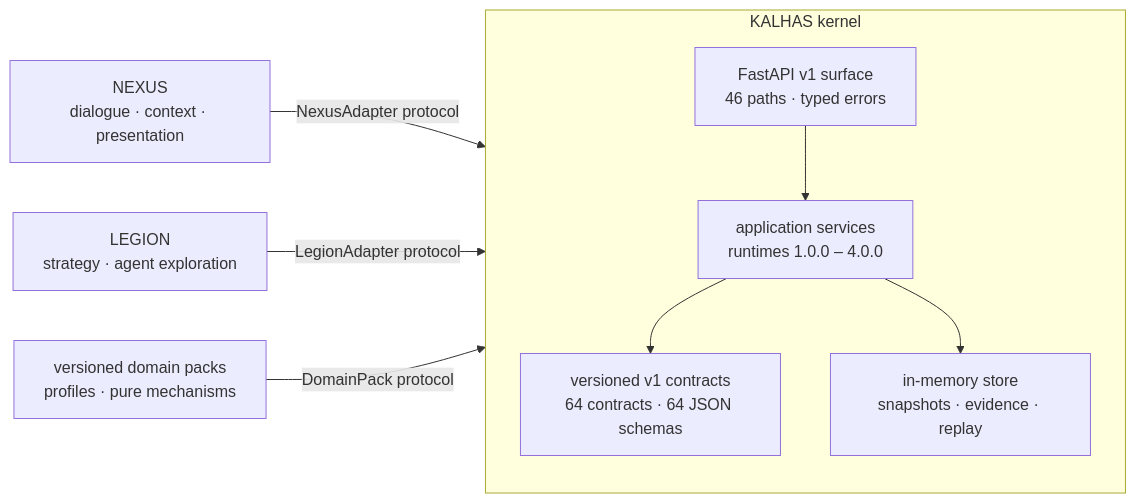
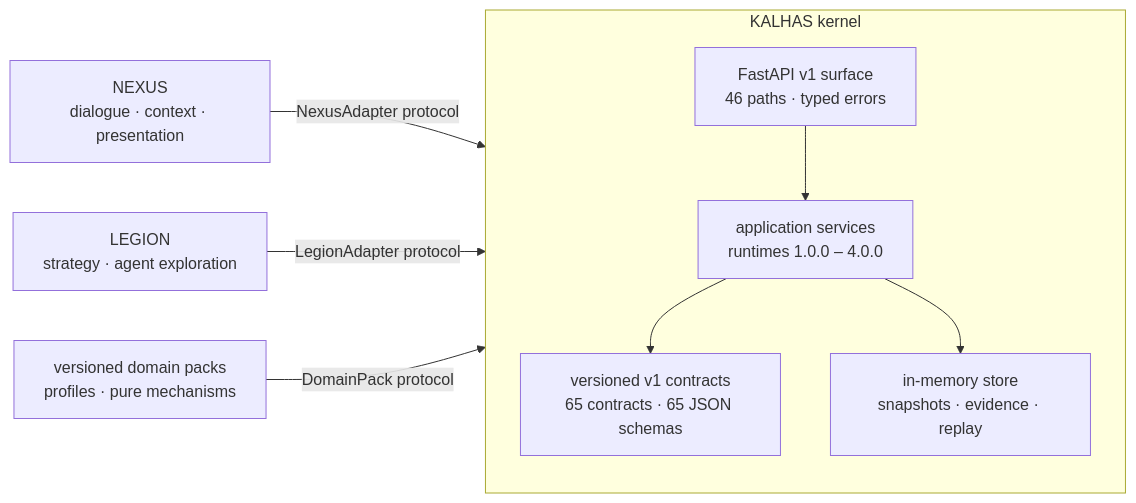
Before and after one commit to Encomm-Tensor-Intelligence/Encomm_Kalhas: the diagram in README.md, drawn with Mermaid. The commit also changed other lines of this file and 15 other files, not shown here.

````diff
--- a/README.md
+++ b/README.md
@@ -82,21 +82,21 @@
 ```mermaid
 flowchart LR
     NEXUS["NEXUS<br/>dialogue · context · presentation"]
     LEGION["LEGION<br/>strategy · agent exploration"]
 
     subgraph KALHAS["KALHAS kernel"]
         direction TB
         API["FastAPI v1 surface<br/>46 paths · typed errors"]
         APP["application services<br/>runtimes 1.0.0 – 4.0.0"]
-        CON["versioned v1 contracts<br/>64 contracts · 64 JSON schemas"]
+        CON["versioned v1 contracts<br/>65 contracts · 65 JSON schemas"]
         STORE["in-memory store<br/>snapshots · evidence · replay"]
         API --> APP --> CON
         APP --> STORE
     end
 
     PACK["versioned domain packs<br/>profiles · pure mechanisms"]
 
     NEXUS -->|NexusAdapter protocol| API
     LEGION -->|LegionAdapter protocol| API
     PACK -->|DomainPack protocol| APP
 ```
````
